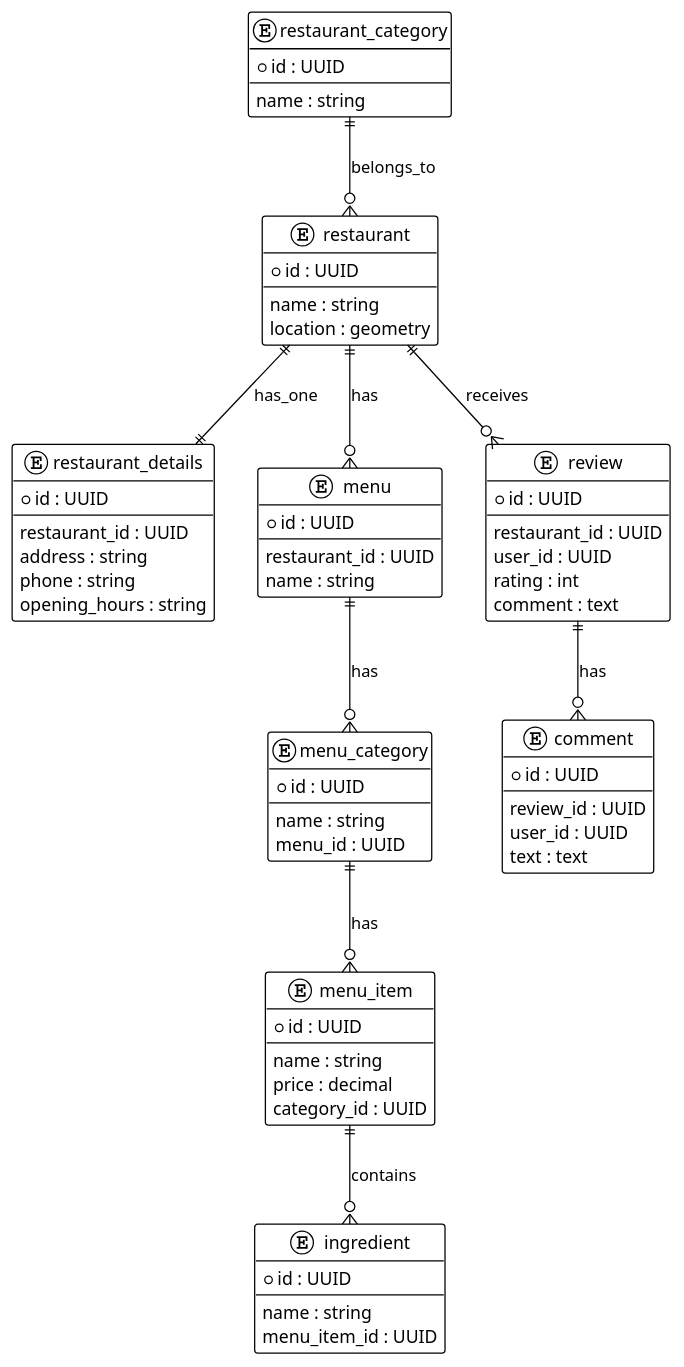
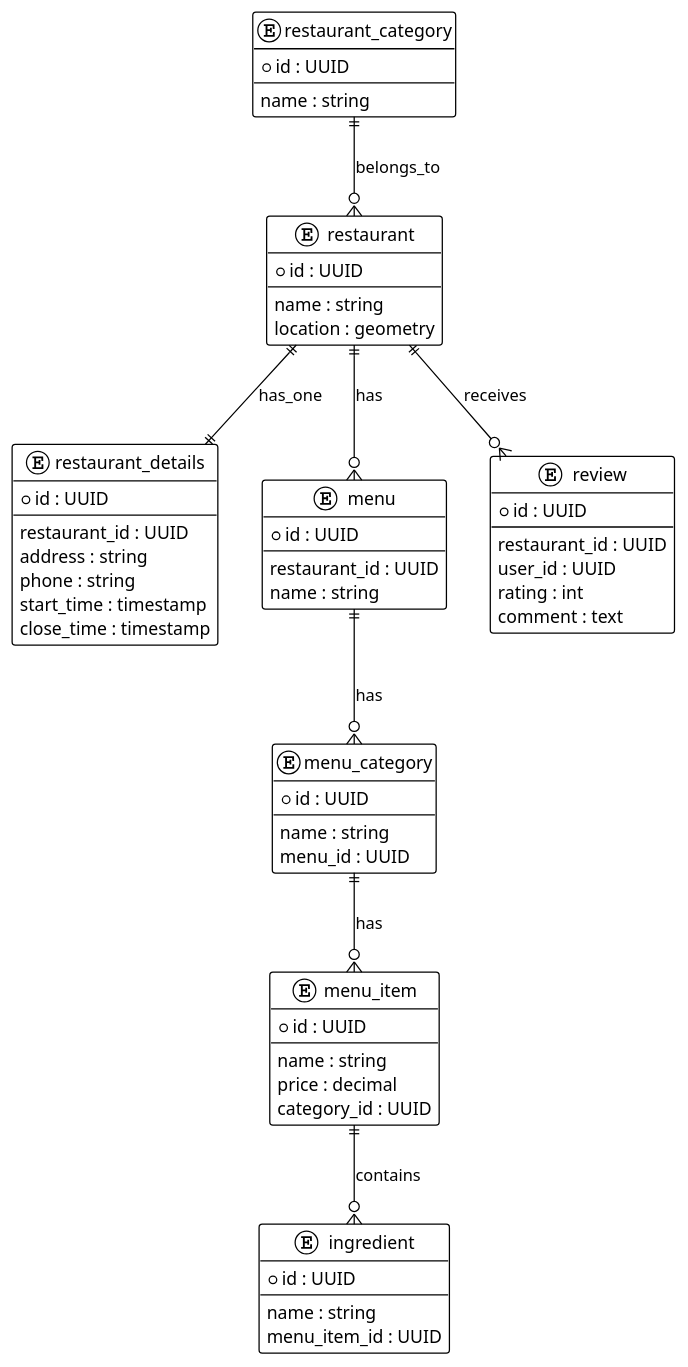
The diagram in erd/view-restaurants-menus-erd-code.puml (Adel1250/JavaEatsLite), drawn with PlantUML before and after one commit.

```diff
--- a/erd/view-restaurants-menus-erd-code.puml
+++ b/erd/view-restaurants-menus-erd-code.puml
@@ -1,85 +1,77 @@
 @startuml View Restaurants and Menus
 !theme plain
 
 entity restaurant {
     *id : UUID
     --
     name : string
     location : geometry
 }
 
 entity restaurant_category {
     *id : UUID
     --
     name : string
 }
 
 entity restaurant_details {
     *id : UUID
     --
     restaurant_id : UUID
     address : string
     phone : string
-    opening_hours : string
+    start_time : timestamp
+    close_time : timestamp
 }
 
 entity menu {
     *id : UUID
     --
     restaurant_id : UUID
     name : string
 }
 
 entity menu_category {
     *id : UUID
     --
     name : string
     menu_id : UUID
 }
 
 entity menu_item {
     *id : UUID
     --
     name : string
     price : decimal
     category_id : UUID
 }
 
 entity ingredient {
     *id : UUID
     --
     name : string
     menu_item_id : UUID
 }
 
 entity review {
     *id : UUID
     --
     restaurant_id : UUID
     user_id : UUID
     rating : int
     comment : text
 }
 
-entity comment {
-    *id : UUID
-    --
-    review_id : UUID
-    user_id : UUID
-    text : text
-}
-
 ' ===========================
 ' Relationships
 ' ===========================
 
 restaurant_category ||--o{ restaurant : belongs_to
 restaurant ||--|| restaurant_details : has_one
 restaurant ||--o{ menu : has
 menu ||--o{ menu_category : has
 menu_category ||--o{ menu_item : has
 menu_item ||--o{ ingredient : contains
 restaurant ||--o{ review : receives
-review ||--o{ comment : has
 
 @enduml
```
